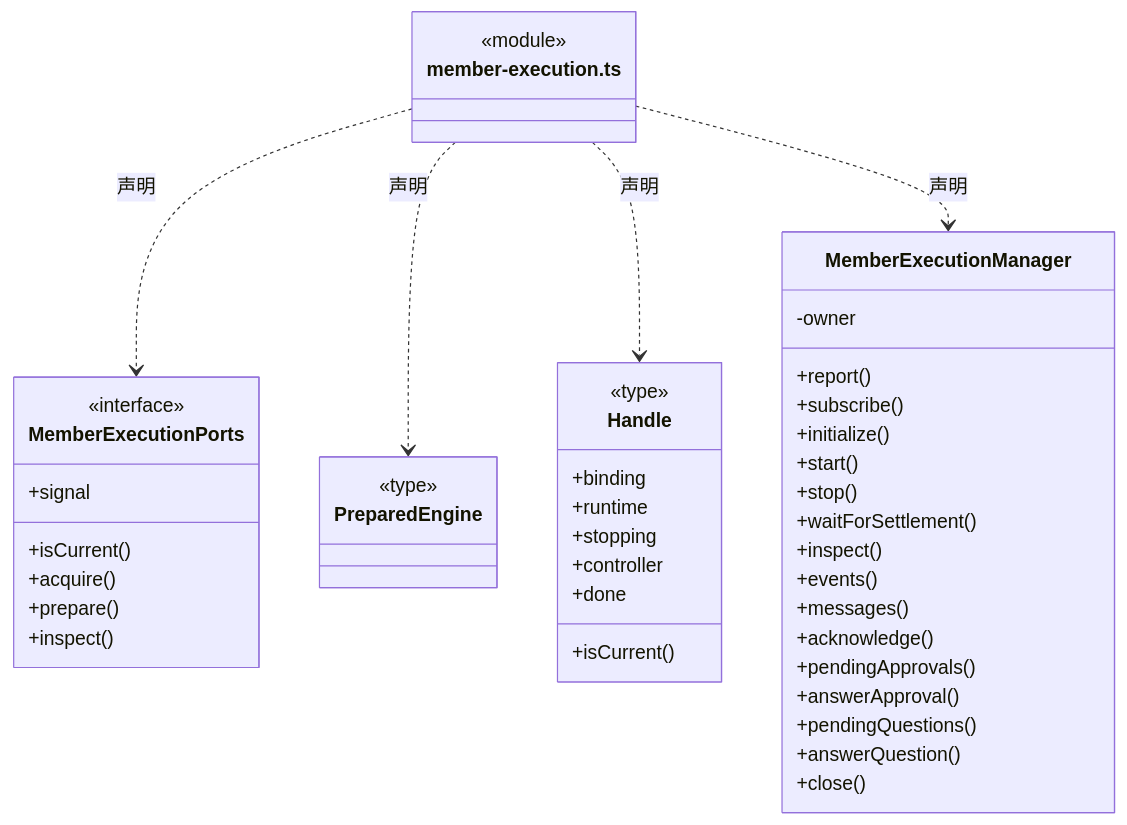
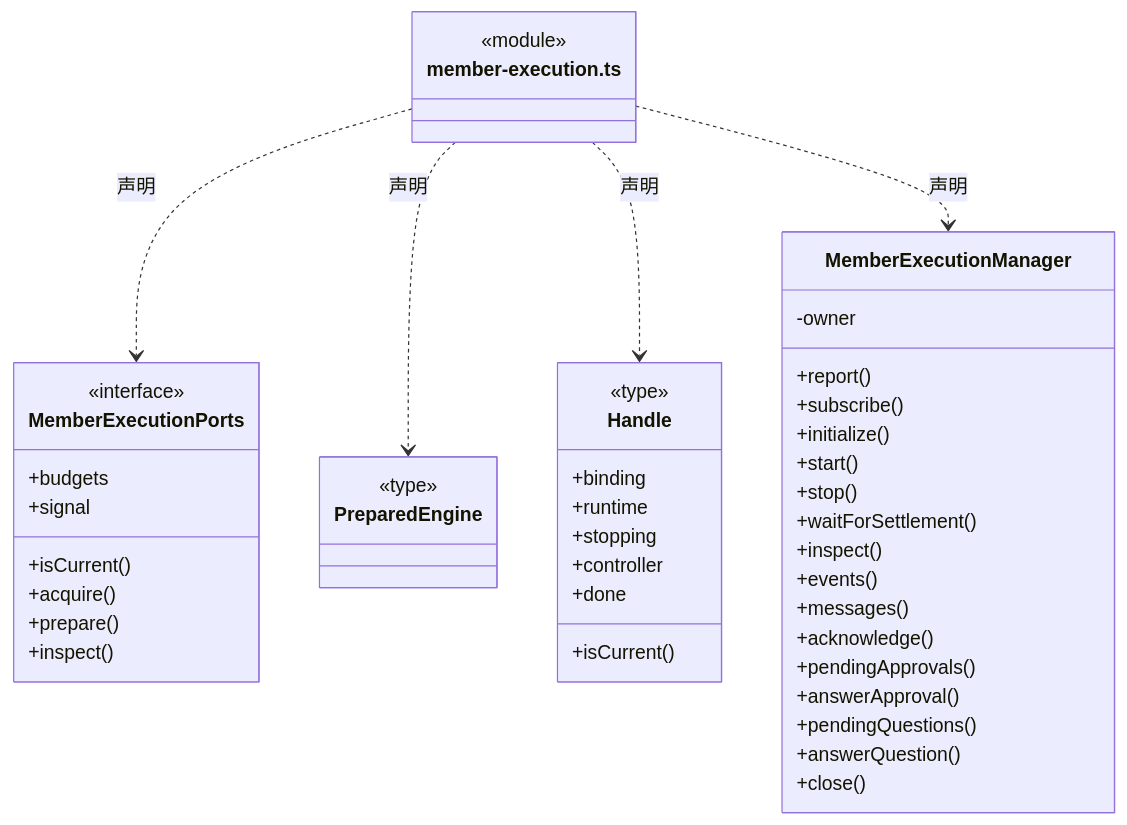
One commit to nan023062/cbim changed diagram 20 of 48 in src/backend/scheduler-engine/execution/ARCHITECTURE.md. Above: the diagram before and after it, drawn with Mermaid. The commit also changed other lines of this file and 64 other files, not shown here.

````diff
--- a/src/backend/scheduler-engine/execution/ARCHITECTURE.md
+++ b/src/backend/scheduler-engine/execution/ARCHITECTURE.md
@@ -541,49 +557,50 @@
 ```mermaid
 classDiagram
 class N_src_backend_scheduler_engine_execution_member_execution_ts["member-execution.ts"] {
   <<module>>
 }
 class N_src_backend_scheduler_engine_execution_member_execution_ts_MemberExecutionPorts["MemberExecutionPorts"] {
   <<interface>>
+  +budgets
   +isCurrent()
   +signal
   +acquire()
   +prepare()
   +inspect()
 }
 N_src_backend_scheduler_engine_execution_member_execution_ts ..> N_src_backend_scheduler_engine_execution_member_execution_ts_MemberExecutionPorts : 声明
 class N_src_backend_scheduler_engine_execution_member_execution_ts_PreparedEngine["PreparedEngine"] {
   <<type>>
 
 }
 N_src_backend_scheduler_engine_execution_member_execution_ts ..> N_src_backend_scheduler_engine_execution_member_execution_ts_PreparedEngine : 声明
 class N_src_backend_scheduler_engine_execution_member_execution_ts_Handle["Handle"] {
   <<type>>
   +binding
   +runtime
   +stopping
   +isCurrent()
   +controller
   +done
 }
 N_src_backend_scheduler_engine_execution_member_execution_ts ..> N_src_backend_scheduler_engine_execution_member_execution_ts_Handle : 声明
 class N_src_backend_scheduler_engine_execution_member_execution_ts_MemberExecutionManager["MemberExecutionManager"] {
   +report()
   +subscribe()
   +initialize()
   +start()
   +stop()
   +waitForSettlement()
   +inspect()
   +events()
   +messages()
   +acknowledge()
   +pendingApprovals()
   +answerApproval()
   +pendingQuestions()
   +answerQuestion()
   +close()
   -owner
 }
 N_src_backend_scheduler_engine_execution_member_execution_ts ..> N_src_backend_scheduler_engine_execution_member_execution_ts_MemberExecutionManager : 声明
 ```
````
